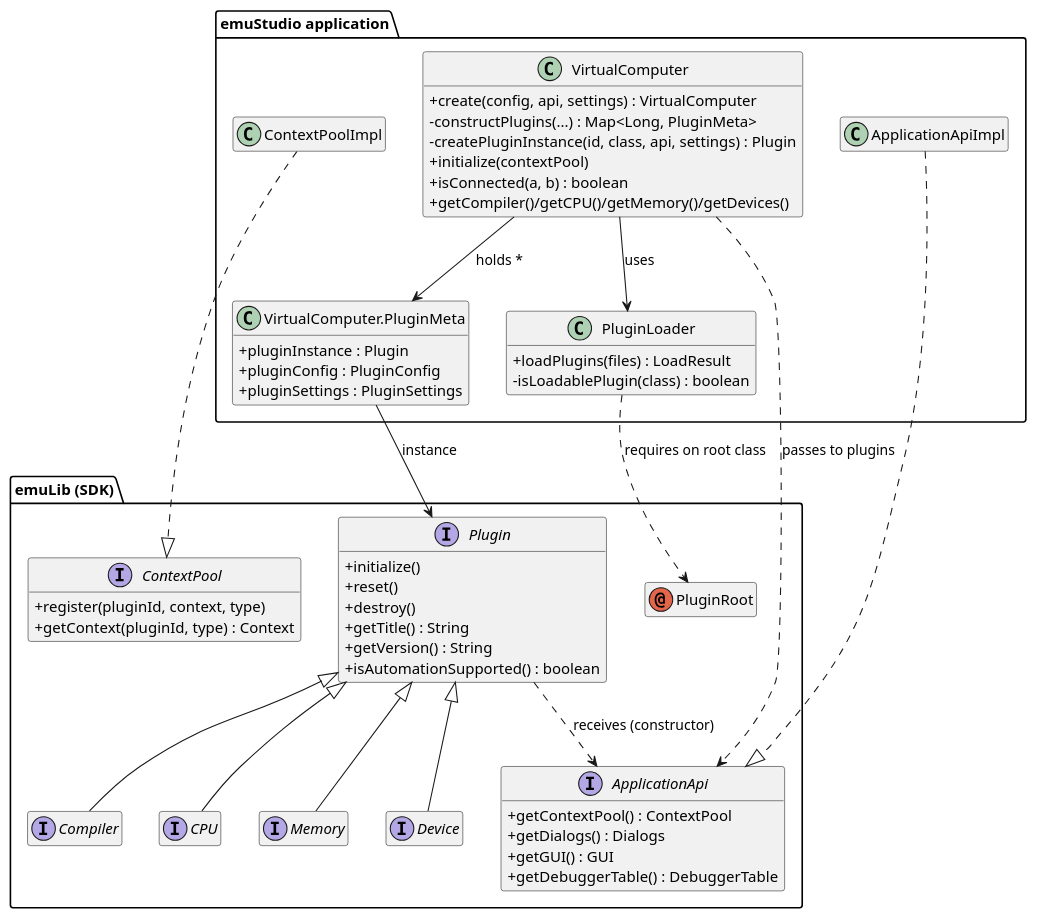
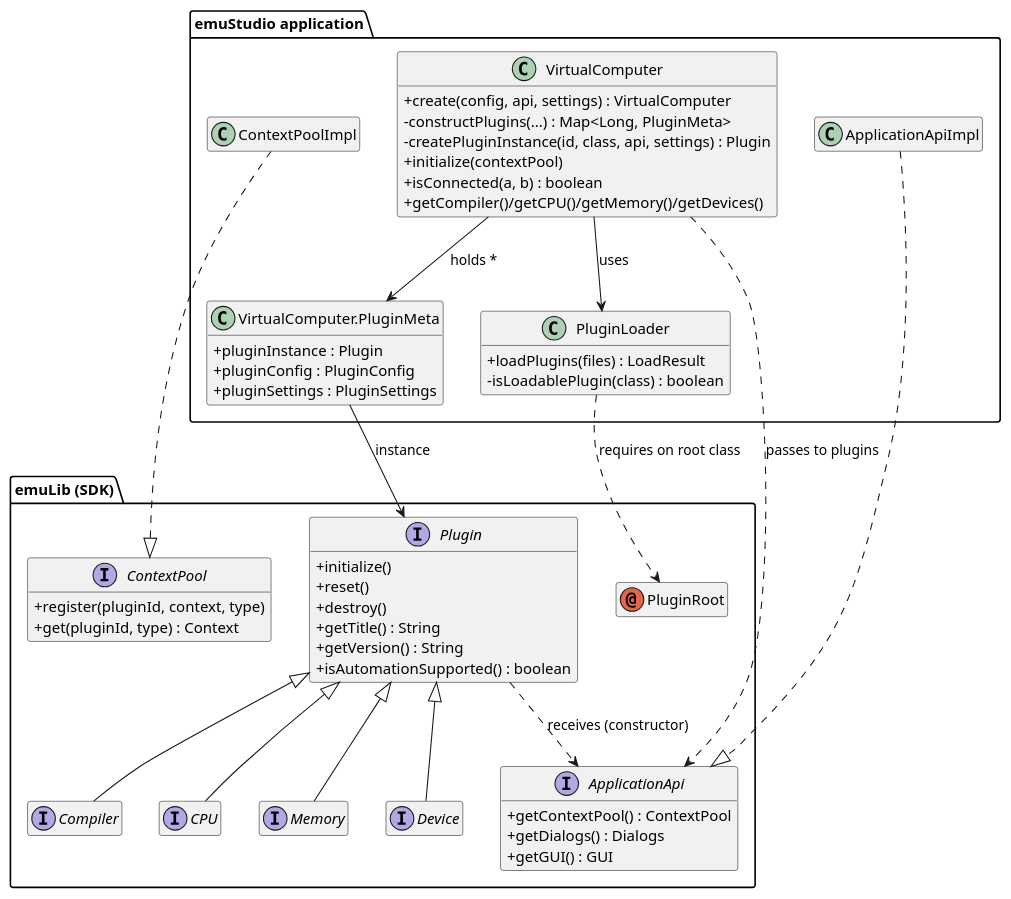
The first of 2 diagrams in docs/code.adoc (emustudio/emuStudio), drawn with PlantUML before and after one commit. The commit also changed 285 other files, not shown here.

```diff
--- a/docs/code.adoc
+++ b/docs/code.adoc
@@ -20,71 +20,70 @@
 [plantuml,c4-code-plugin-model,svg]
 ----
 @startuml
 skinparam classAttributeIconSize 0
 hide empty members
 
 package "emuLib (SDK)" {
     interface Plugin {
         +initialize()
         +reset()
         +destroy()
         +getTitle() : String
         +getVersion() : String
         +isAutomationSupported() : boolean
     }
     interface Compiler
     interface CPU
     interface Memory
     interface Device
 
     Plugin <|-- Compiler
     Plugin <|-- CPU
     Plugin <|-- Memory
     Plugin <|-- Device
 
     interface ApplicationApi {
         +getContextPool() : ContextPool
         +getDialogs() : Dialogs
         +getGUI() : GUI
-        +getDebuggerTable() : DebuggerTable
     }
     interface ContextPool {
         +register(pluginId, context, type)
-        +getContext(pluginId, type) : Context
+        +get(pluginId, type) : Context
     }
 
     annotation PluginRoot
 }
 
 package "emuStudio application" {
     class VirtualComputer {
         +create(config, api, settings) : VirtualComputer
         -constructPlugins(...) : Map<Long, PluginMeta>
         -createPluginInstance(id, class, api, settings) : Plugin
         +initialize(contextPool)
         +isConnected(a, b) : boolean
         +getCompiler()/getCPU()/getMemory()/getDevices()
     }
     class PluginLoader {
         +loadPlugins(files) : LoadResult
         -isLoadablePlugin(class) : boolean
     }
     class ContextPoolImpl
     class ApplicationApiImpl
     class "VirtualComputer.PluginMeta" as PluginMeta {
         +pluginInstance : Plugin
         +pluginConfig : PluginConfig
         +pluginSettings : PluginSettings
     }
 }
 
 VirtualComputer --> PluginLoader : uses
 VirtualComputer --> PluginMeta : holds *
 PluginMeta --> Plugin : instance
 VirtualComputer ..> ApplicationApi : passes to plugins
 ApplicationApiImpl ..|> ApplicationApi
 ContextPoolImpl ..|> ContextPool
 PluginLoader ..> PluginRoot : requires on root class
 Plugin ..> ApplicationApi : receives (constructor)
 @enduml
 ----
```
